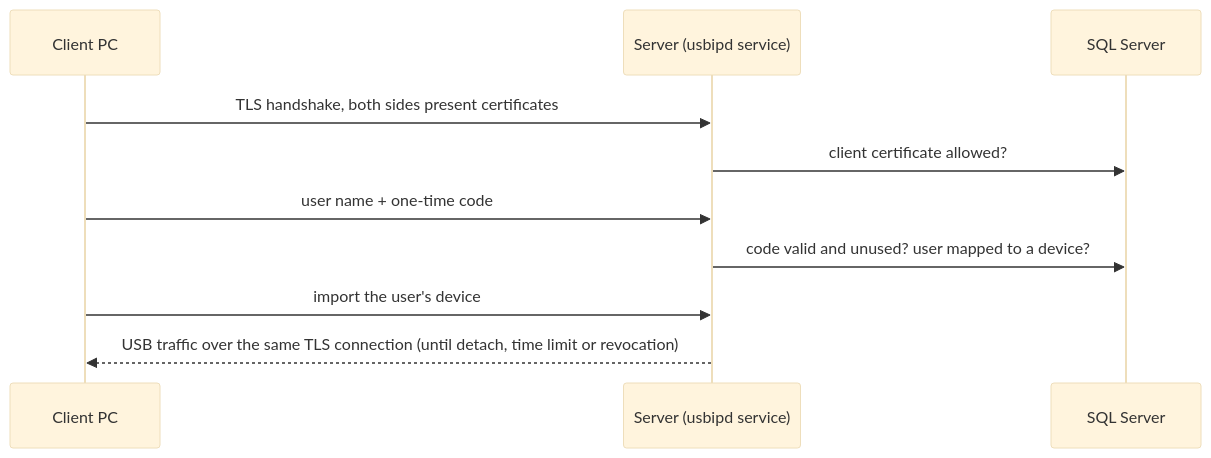
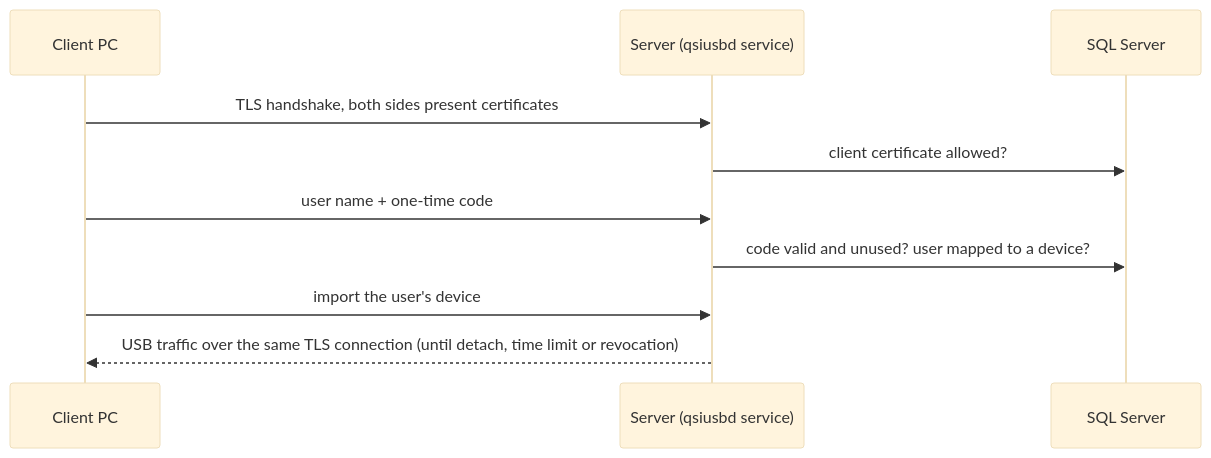
The diagram in README.md (QSI-Banking/RemoteUsbEmulator-Server), drawn with Mermaid (base theme) before and after one commit. The commit also changed other lines of this file and 59 other files, not shown here.

````diff
--- a/README.md
+++ b/README.md
@@ -16,12 +16,12 @@
 ```mermaid
 sequenceDiagram
     participant C as Client PC
-    participant S as Server (usbipd service)
+    participant S as Server (qsiusbd service)
     participant D as SQL Server
     C->>S: TLS handshake, both sides present certificates
     S->>D: client certificate allowed?
     C->>S: user name + one-time code
     S->>D: code valid and unused? user mapped to a device?
     C->>S: import the user's device
     S-->>C: USB traffic over the same TLS connection (until detach, time limit or revocation)
 ```
````
